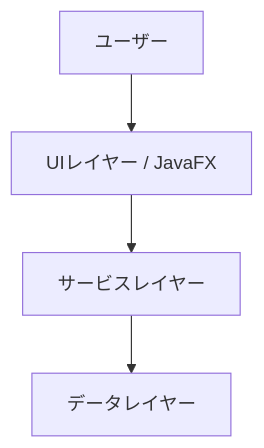
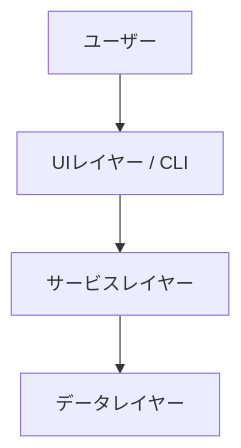
The first of 4 diagrams in .claude/skills/functional-design/template.md (AkiraIsozaki/grep_helper), drawn with Mermaid before and after one commit. The commit also changed other lines of this file and 6 other files, not shown here.

````diff
--- a/.claude/skills/functional-design/template.md
+++ b/.claude/skills/functional-design/template.md
@@ -5,11 +5,11 @@
 ```mermaid
 graph TB
     User[ユーザー]
-    UI[UIレイヤー / JavaFX]
+    UI[UIレイヤー / CLI]
     Service[サービスレイヤー]
     Data[データレイヤー]
 
     User --> UI
     UI --> Service
     Service --> Data
 ```
````
